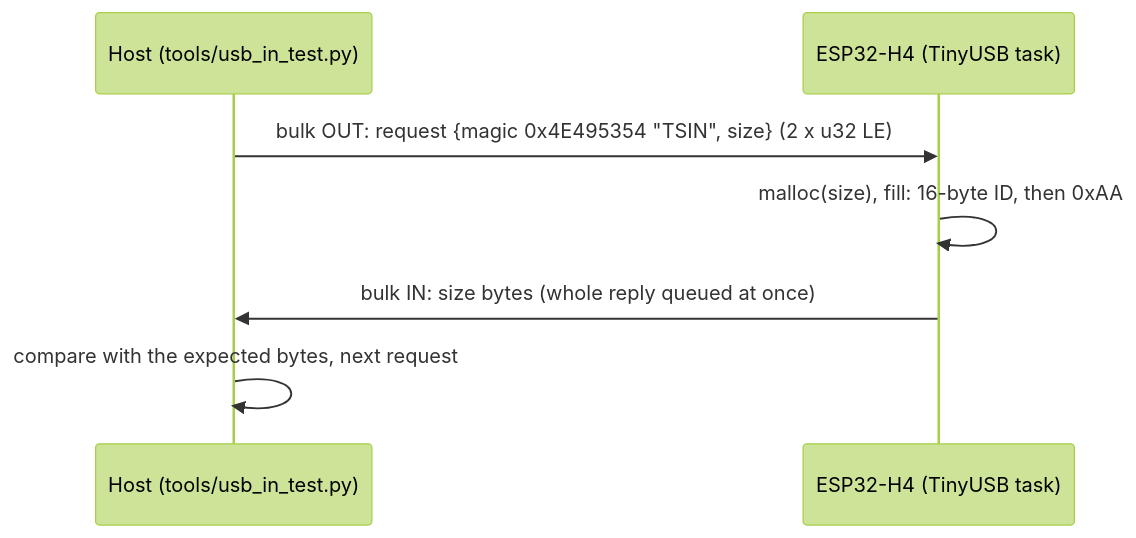
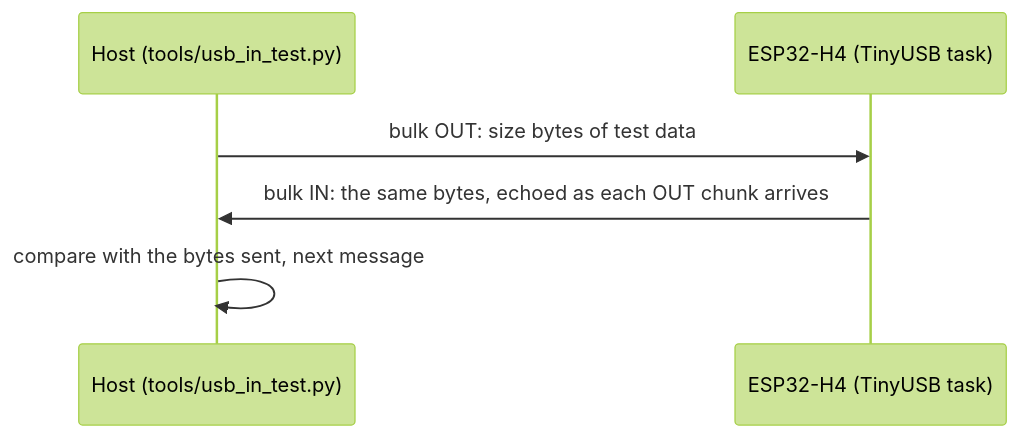
One commit to kimngoc79/esp32h4-usb-cdc-in-loss changed the diagram in README.md. Above: the diagram before and after it, drawn with Mermaid (forest theme). The commit also changed other lines of this file and 1 other file, not shown here.

````diff
--- a/README.md
+++ b/README.md
@@ -50,9 +50,8 @@
 ```mermaid
 sequenceDiagram
     participant H as Host (tools/usb_in_test.py)
     participant D as ESP32-H4 (TinyUSB task)
-    H->>D: bulk OUT: request {magic 0x4E495354 "TSIN", size} (2 x u32 LE)
-    D->>D: malloc(size), fill: 16-byte ID, then 0xAA
-    D->>H: bulk IN: size bytes (whole reply queued at once)
-    H->>H: compare with the expected bytes, next request
+    H->>D: bulk OUT: size bytes of test data
+    D->>H: bulk IN: the same bytes, echoed as each OUT chunk arrives
+    H->>H: compare with the bytes sent, next message
 ```
````
